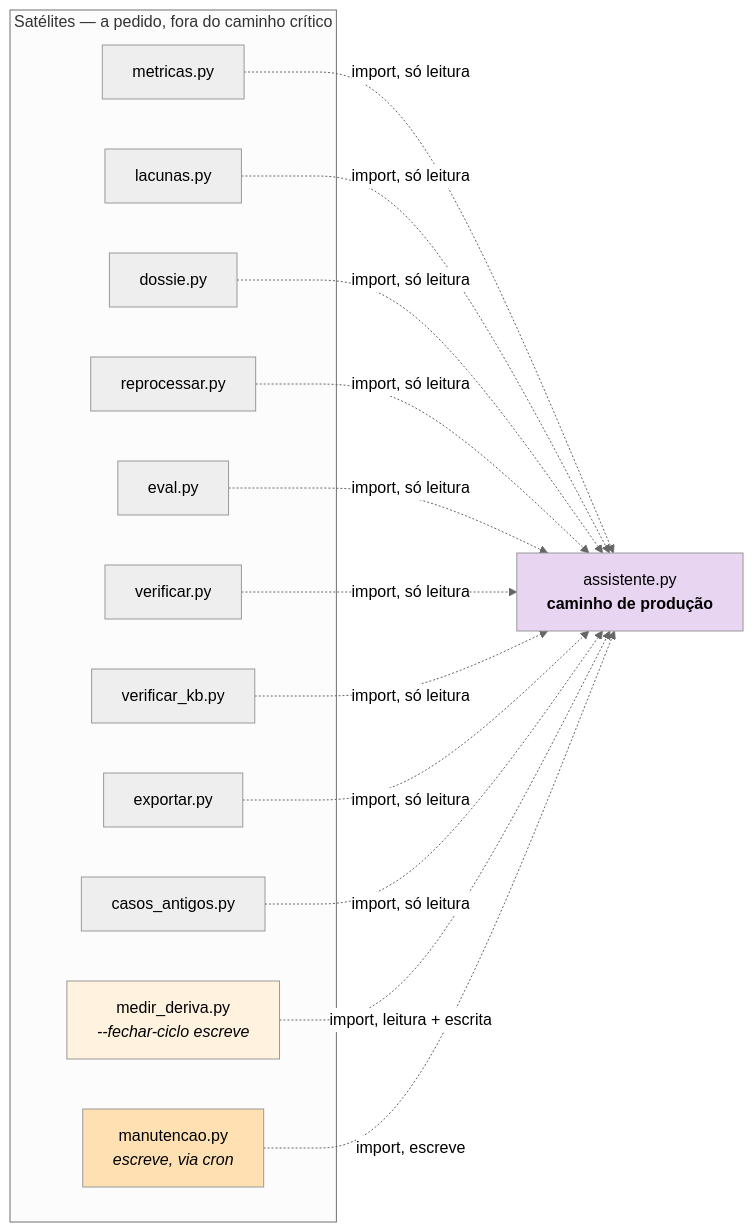
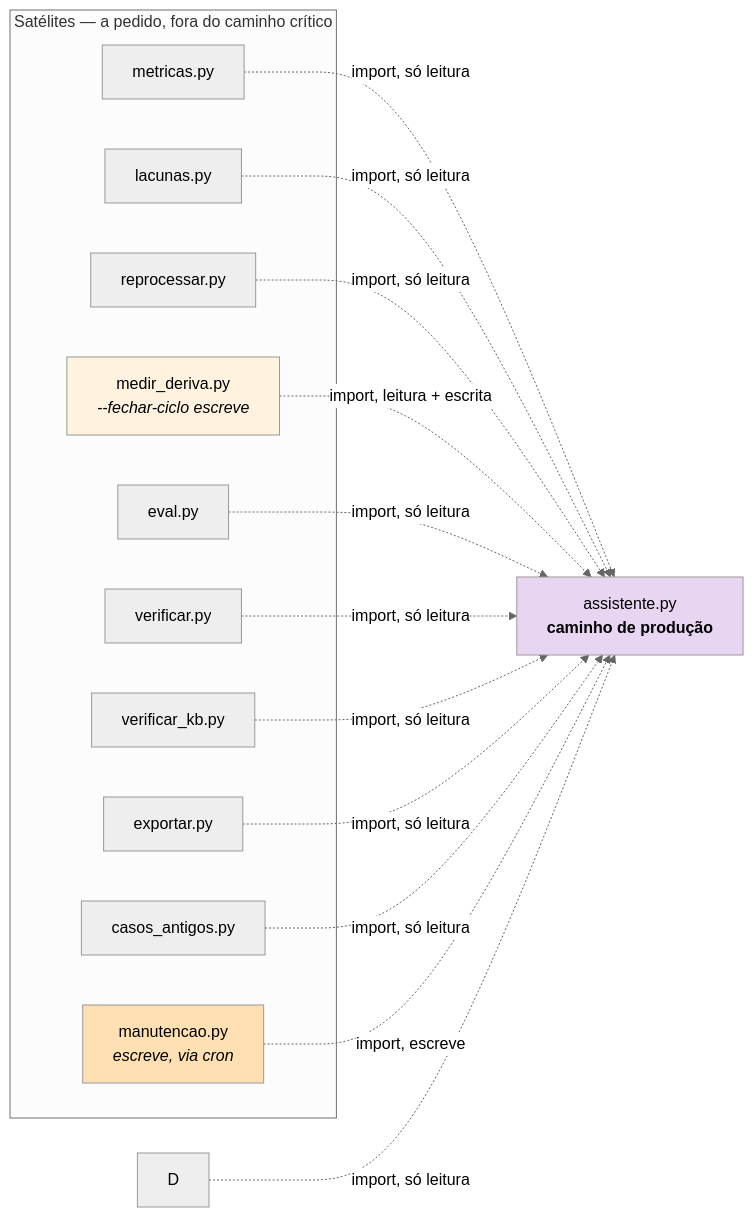
The third of 4 diagrams in docs/02-architecture/system-architecture.md (joaocarvalhini/Outlook-Reply-Assistant), drawn with Mermaid (neutral theme) before and after one commit. The commit also changed other lines of this file and 21 other files, not shown here.

````diff
--- a/docs/02-architecture/system-architecture.md
+++ b/docs/02-architecture/system-architecture.md
@@ -106,23 +106,22 @@
 ```mermaid
 graph LR
     A["assistente.py<br/><b>caminho de produção</b>"]
     subgraph SAT["Satélites — a pedido, fora do caminho crítico"]
         M["metricas.py"]
         L["lacunas.py"]
-        D["dossie.py"]
         R["reprocessar.py"]
         MD["medir_deriva.py<br/><i>--fechar-ciclo escreve</i>"]
         E["eval.py"]
         V["verificar.py"]
         VK["verificar_kb.py"]
         X["exportar.py"]
         CA["casos_antigos.py"]
         MN["manutencao.py<br/><i>escreve, via cron</i>"]
     end
     M & L & D & R & E & V & VK & X & CA -.->|import, só leitura| A
     MD -.->|import, leitura + escrita| A
     MN -.->|import, escreve| A
     style A fill:#e8d5f2
     style MN fill:#ffe0b2
     style MD fill:#fff3e0
 ```
````
